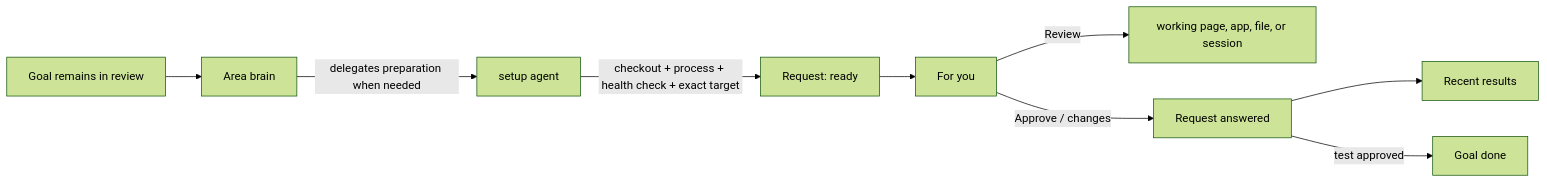
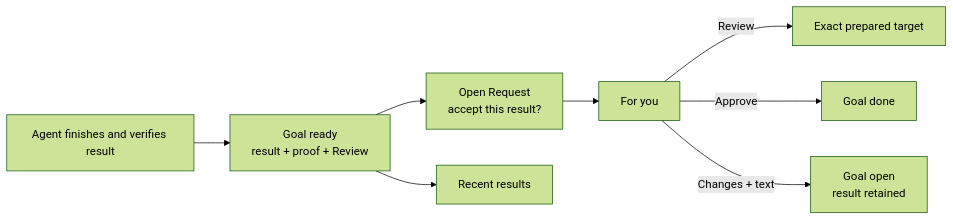
Before and after one commit to jkasimotto/tangent: the diagram in docs/design/prepared-review-requests/design.md, drawn with Mermaid (forest theme). The commit also changed other lines of this file and 1 other file, not shown here.

Commit message:
docs: redesign prepared review handoffs

````diff
--- a/docs/design/prepared-review-requests/design.md
+++ b/docs/design/prepared-review-requests/design.md
@@ -19,11 +28,10 @@
 ```mermaid
 flowchart LR
-  Goal[Goal remains in review] --> Brain[Area brain]
-  Brain -->|delegates preparation when needed| Agent[setup agent]
-  Agent -->|checkout + process + health check + exact target| Request[Request: ready]
-  Request --> ForYou[For you]
-  ForYou -->|Review| Target[working page, app, file, or session]
-  ForYou -->|Approve / changes| Answer[Request answered]
-  Answer --> Recent[Recent results]
-  Answer -->|test approved| Done[Goal done]
+    Work[Agent finishes and verifies result] --> Ready[Goal ready<br/>result + proof + Review]
+    Ready --> Request[Open Request<br/>accept this result?]
+    Request --> ForYou[For you]
+    ForYou -->|Review| Output[Exact prepared target]
+    ForYou -->|Approve| Done[Goal done]
+    ForYou -->|Changes + text| Returned[Goal open<br/>result retained]
+    Ready --> Recent[Recent results]
 ```
````
